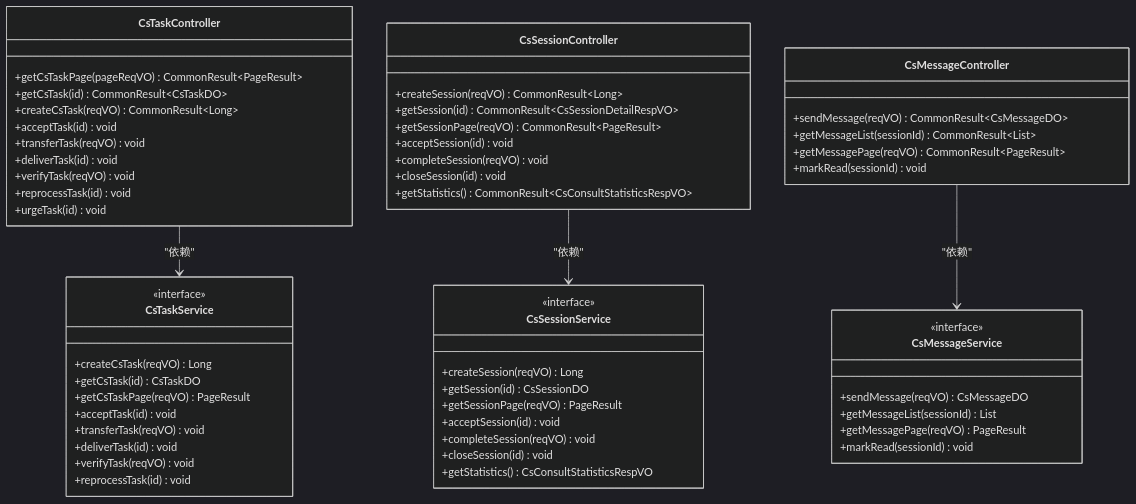
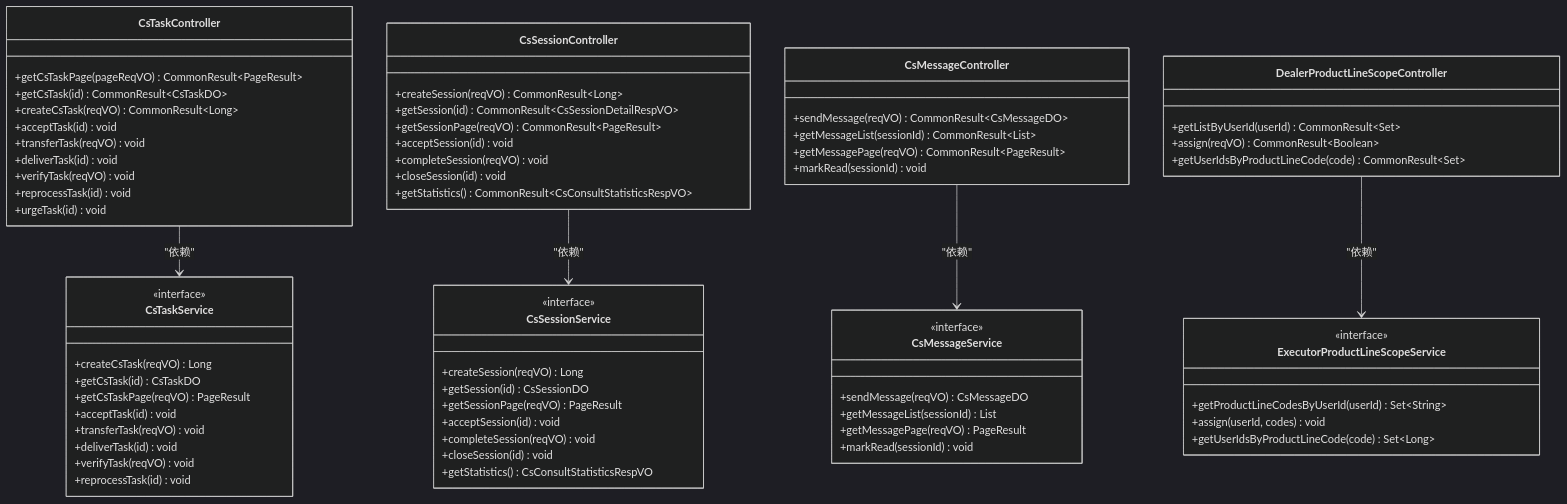
One commit to xiaoche80s-tech/rouyi-vue-pro changed the third of 27 diagrams in .qoder/repowiki/zh/content/核心模块/客户服务模块.md. Above: the diagram before and after it, drawn with Mermaid (dark theme). The commit also changed other lines of this file and 534 other files, not shown here.

````diff
--- a/.qoder/repowiki/zh/content/核心模块/客户服务模块.md
+++ b/.qoder/repowiki/zh/content/核心模块/客户服务模块.md
@@ -276,60 +300,72 @@
 ```mermaid
 classDiagram
 class CsTaskController {
 +getCsTaskPage(pageReqVO) CommonResult~PageResult~
 +getCsTask(id) CommonResult~CsTaskDO~
 +createCsTask(reqVO) CommonResult~Long~
 +acceptTask(id) void
 +transferTask(reqVO) void
 +deliverTask(id) void
 +verifyTask(reqVO) void
 +reprocessTask(id) void
 +urgeTask(id) void
 }
 class CsSessionController {
 +createSession(reqVO) CommonResult~Long~
 +getSession(id) CommonResult~CsSessionDetailRespVO~
 +getSessionPage(reqVO) CommonResult~PageResult~
 +acceptSession(id) void
 +completeSession(reqVO) void
 +closeSession(id) void
 +getStatistics() CommonResult~CsConsultStatisticsRespVO~
 }
 class CsMessageController {
 +sendMessage(reqVO) CommonResult~CsMessageDO~
 +getMessageList(sessionId) CommonResult~List~
 +getMessagePage(reqVO) CommonResult~PageResult~
 +markRead(sessionId) void
+}
+class DealerProductLineScopeController {
++getListByUserId(userId) CommonResult~Set~
++assign(reqVO) CommonResult~Boolean~
++getUserIdsByProductLineCode(code) CommonResult~Set~
 }
 class CsTaskService {
 <<interface>>
 +createCsTask(reqVO) Long
 +getCsTask(id) CsTaskDO
 +getCsTaskPage(reqVO) PageResult
 +acceptTask(id) void
 +transferTask(reqVO) void
 +deliverTask(id) void
 +verifyTask(reqVO) void
 +reprocessTask(id) void
 }
 class CsSessionService {
 <<interface>>
 +createSession(reqVO) Long
 +getSession(id) CsSessionDO
 +getSessionPage(reqVO) PageResult
 +acceptSession(id) void
 +completeSession(reqVO) void
 +closeSession(id) void
 +getStatistics() CsConsultStatisticsRespVO
 }
 class CsMessageService {
 <<interface>>
 +sendMessage(reqVO) CsMessageDO
 +getMessageList(sessionId) List
 +getMessagePage(reqVO) PageResult
 +markRead(sessionId) void
 }
+class ExecutorProductLineScopeService {
+<<interface>>
++getProductLineCodesByUserId(userId) Set~String~
++assign(userId, codes) void
++getUserIdsByProductLineCode(code) Set~Long~
+}
 CsTaskController --> CsTaskService : "依赖"
 CsSessionController --> CsSessionService : "依赖"
 CsMessageController --> CsMessageService : "依赖"
+DealerProductLineScopeController --> ExecutorProductLineScopeService : "依赖"
 ```
````
